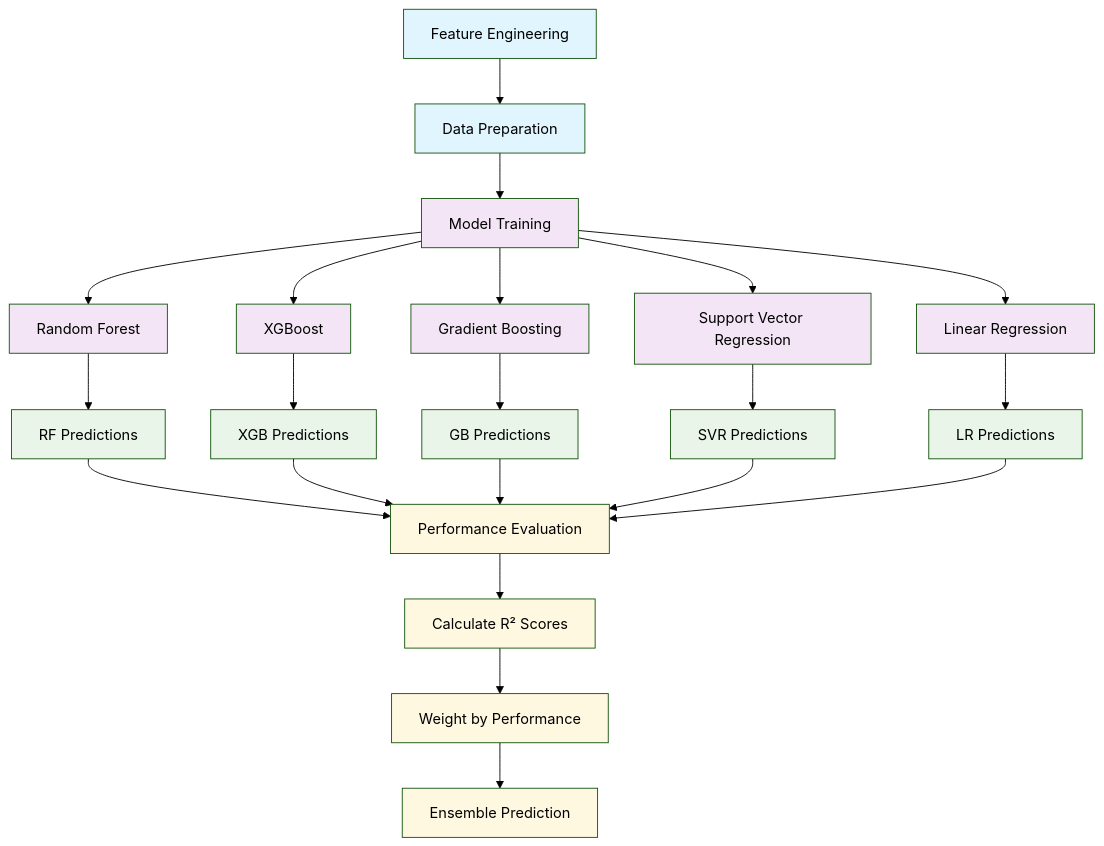
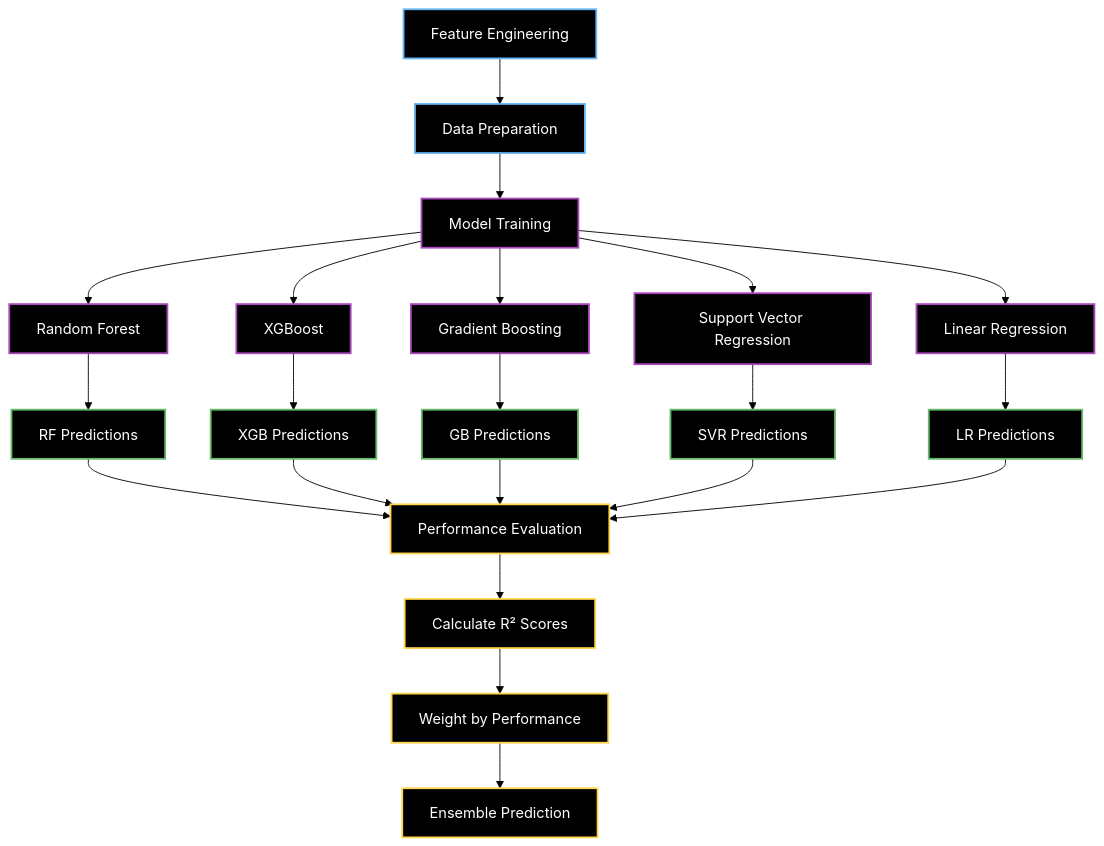
One commit to jeremygonsalves/price-predictor-stocks changed the fourth of 6 diagrams in docs/LSTM-model.md. Above: the diagram before and after it, drawn with Mermaid (forest theme). The commit also changed other lines of this file, not shown here.

Commit message:
docs(diagrams): improve Mermaid styling for readability with black background, white bold text, and colored outlines

````diff
--- a/docs/LSTM-model.md
+++ b/docs/LSTM-model.md
@@ -310,37 +310,37 @@
 ```mermaid
 flowchart TD
     A[Feature Engineering] --> B[Data Preparation]
     B --> C[Model Training]
     
     C --> D[Random Forest]
     C --> E[XGBoost]
     C --> F[Gradient Boosting]
     C --> G[Support Vector Regression]
     C --> H[Linear Regression]
     
     D --> I[RF Predictions]
     E --> J[XGB Predictions]
     F --> K[GB Predictions]
     G --> L[SVR Predictions]
     H --> M[LR Predictions]
     
     I --> N[Performance Evaluation]
     J --> N
     K --> N
     L --> N
     M --> N
     
     N --> O[Calculate R² Scores]
     O --> P[Weight by Performance]
     P --> Q[Ensemble Prediction]
     
-    classDef data fill:#e1f5fe
-    classDef model fill:#f3e5f5
-    classDef prediction fill:#e8f5e8
-    classDef ensemble fill:#fff8e1
+    classDef data fill:#000,stroke:#64B5F6,color:#fff,stroke-width:2px
+    classDef model fill:#000,stroke:#AB47BC,color:#fff,stroke-width:2px
+    classDef prediction fill:#000,stroke:#66BB6A,color:#fff,stroke-width:2px
+    classDef ensemble fill:#000,stroke:#FFD54F,color:#fff,stroke-width:2px
     
     class A,B data
     class C,D,E,F,G,H model
     class I,J,K,L,M prediction
     class N,O,P,Q ensemble
 ```
````
